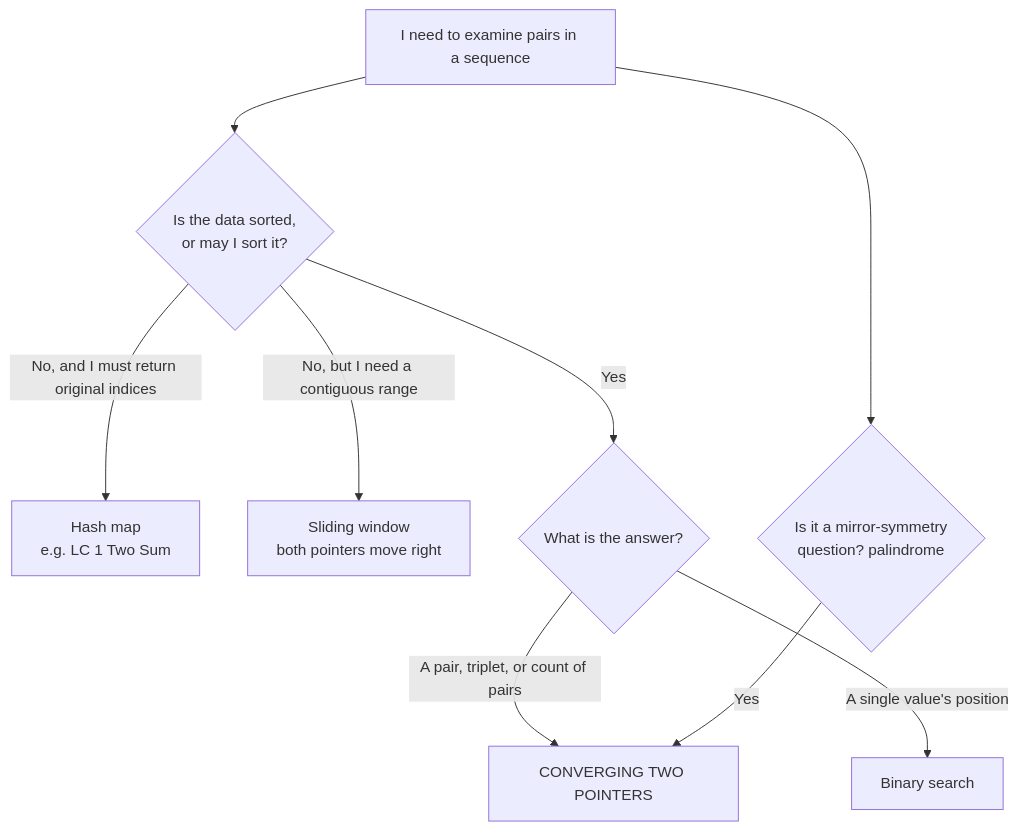
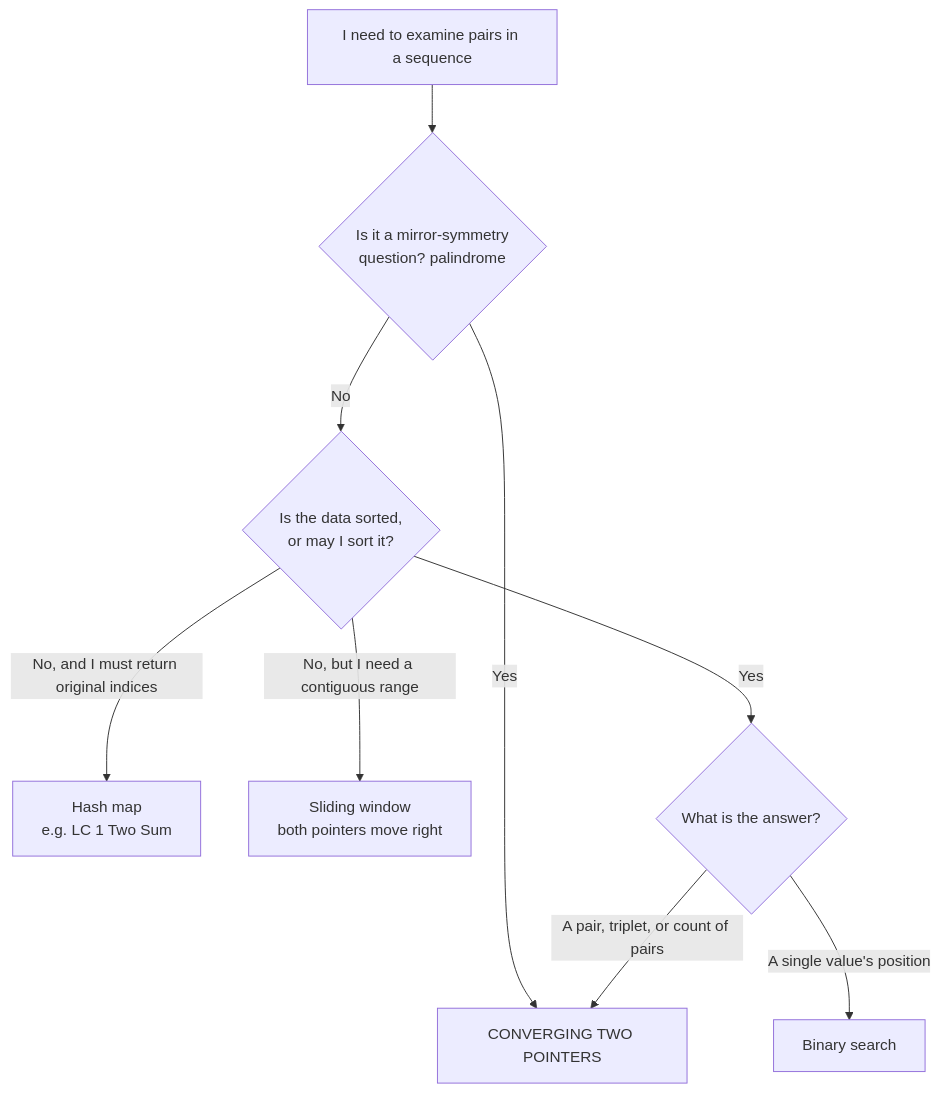
The diagram in Theory/1.1_Two_Pointers_Converging.md (alcytorres/algorithm-patterns), drawn with Mermaid before and after one commit. The commit also changed other lines of this file and 1 other file, not shown here.

````diff
--- a/Theory/1.1_Two_Pointers_Converging.md
+++ b/Theory/1.1_Two_Pointers_Converging.md
@@ -104,11 +104,11 @@
 ```mermaid
 flowchart TD
-    A["I need to examine pairs in a sequence"] --> B{"Is the data sorted,<br/>or may I sort it?"}
+    A["I need to examine pairs in a sequence"] --> H{"Is it a mirror-symmetry<br/>question? palindrome"}
+    H -->|"Yes"| F["CONVERGING TWO POINTERS"]
+    H -->|"No"| B{"Is the data sorted,<br/>or may I sort it?"}
     B -->|"No, and I must return original indices"| C["Hash map<br/>e.g. LC 1 Two Sum"]
     B -->|"No, but I need a contiguous range"| D["Sliding window<br/>both pointers move right"]
     B -->|"Yes"| E{"What is the answer?"}
-    E -->|"A pair, triplet, or count of pairs"| F["CONVERGING TWO POINTERS"]
     E -->|"A single value's position"| G["Binary search"]
-    A --> H{"Is it a mirror-symmetry<br/>question? palindrome"}
-    H -->|"Yes"| F
+    E -->|"A pair, triplet, or count of pairs"| F
 ```
````
